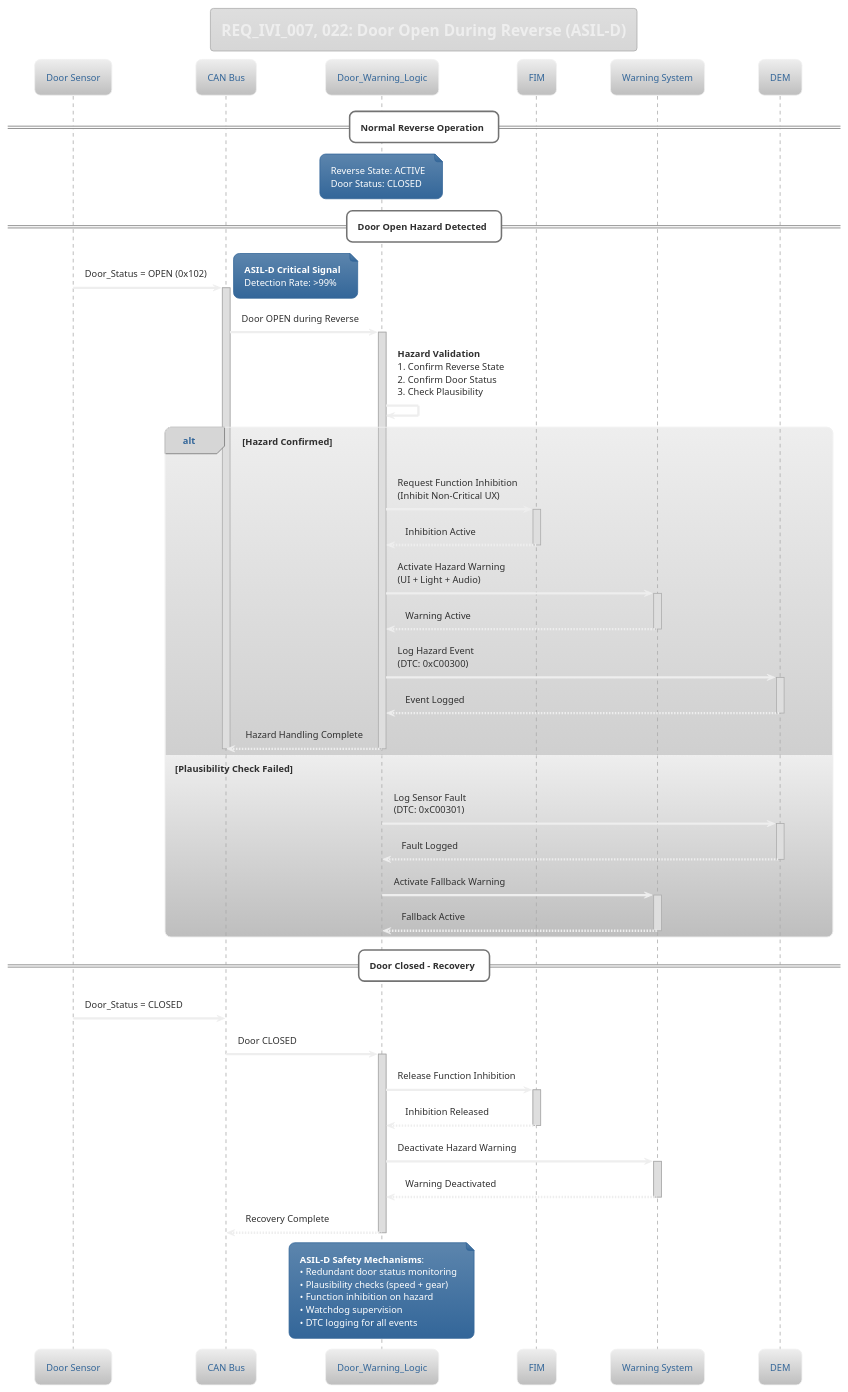
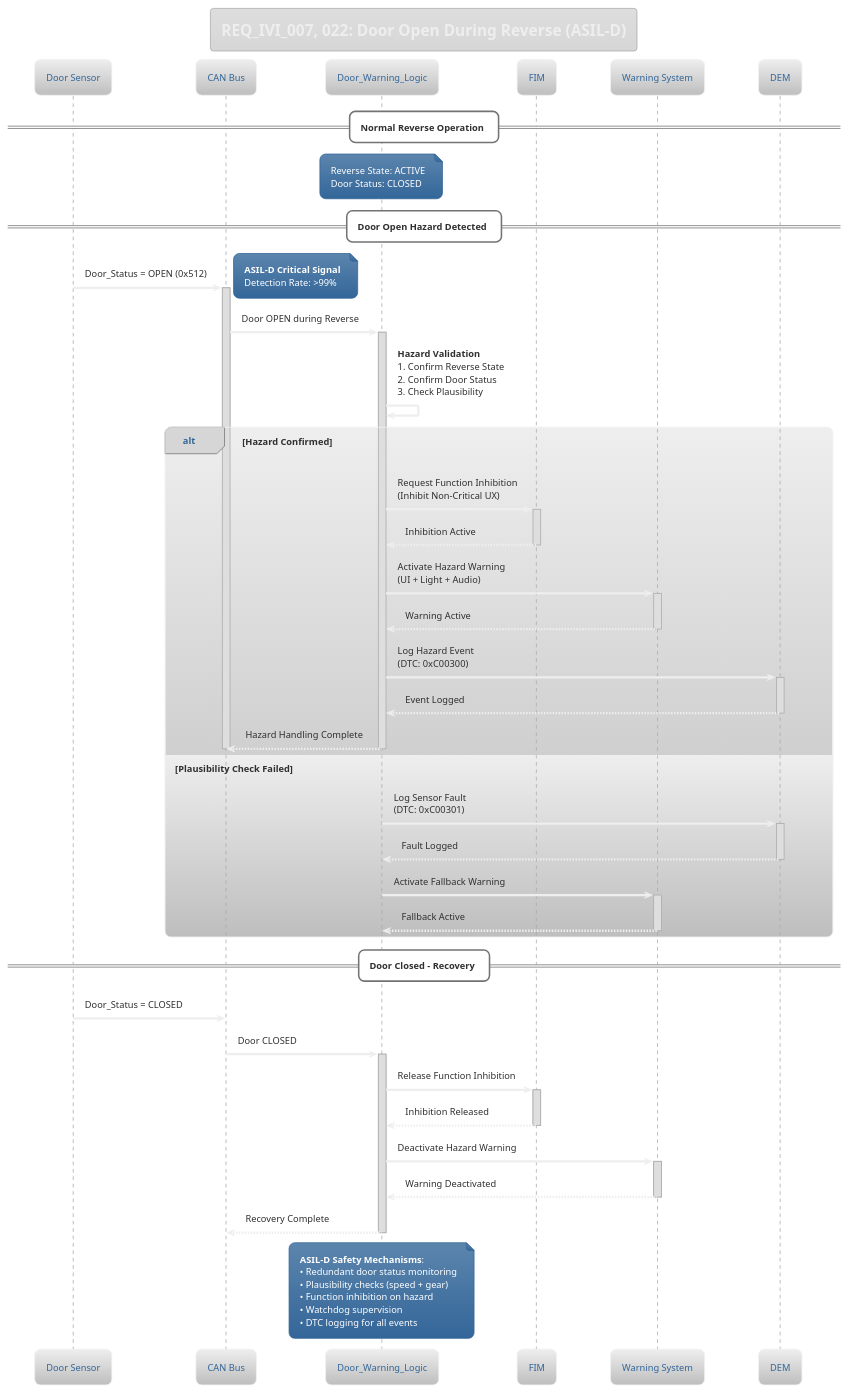
Before and after one commit to VectorCANoe/canoe-driving-alert: the fourth of 4 diagrams in architecture/system-architecture/diagrams/level4_ivi_ecu/functional_components/14_safety_system.puml, drawn with PlantUML. The commit also changed other lines of this file and 40 other files, not shown here.

First line of the commit message:
feat: Update Level 1-4 architecture diagrams with new ECUs and sensors

```diff
--- a/architecture/system-architecture/diagrams/level4_ivi_ecu/functional_components/14_safety_system.puml
+++ b/architecture/system-architecture/diagrams/level4_ivi_ecu/functional_components/14_safety_system.puml
@@ -304,90 +308,90 @@
 @startuml
 !theme silver
 
 title REQ_IVI_007, 022: Door Open During Reverse (ASIL-D)
 
 participant "Door Sensor" as DOOR
 participant "CAN Bus" as CAN
 participant "Door_Warning_Logic" as DWL
 participant "FIM" as FIM
 participant "Warning System" as WARN
 participant "DEM" as DEM
 
 == Normal Reverse Operation ==
 
 note over DWL: Reverse State: ACTIVE\nDoor Status: CLOSED
 
 == Door Open Hazard Detected ==
 
-DOOR -> CAN : Door_Status = OPEN (0x102)
+DOOR -> CAN : Door_Status = OPEN (0x512)
 activate CAN
 note right: **ASIL-D Critical Signal**\nDetection Rate: >99%
 
 CAN -> DWL : Door OPEN during Reverse
 activate DWL
 
 DWL -> DWL : **Hazard Validation**\n1. Confirm Reverse State\n2. Confirm Door Status\n3. Check Plausibility
 
 alt Hazard Confirmed
     DWL -> FIM : Request Function Inhibition\n(Inhibit Non-Critical UX)
     activate FIM
     FIM --> DWL : Inhibition Active
     deactivate FIM
 
     DWL -> WARN : Activate Hazard Warning\n(UI + Light + Audio)
     activate WARN
     WARN --> DWL : Warning Active
     deactivate WARN
 
     DWL -> DEM : Log Hazard Event\n(DTC: 0xC00300)
     activate DEM
     DEM --> DWL : Event Logged
     deactivate DEM
 
     DWL --> CAN : Hazard Handling Complete
     deactivate DWL
     deactivate CAN
 
 else Plausibility Check Failed
     DWL -> DEM : Log Sensor Fault\n(DTC: 0xC00301)
     activate DEM
     DEM --> DWL : Fault Logged
     deactivate DEM
 
     DWL -> WARN : Activate Fallback Warning
     activate WARN
     WARN --> DWL : Fallback Active
     deactivate WARN
     deactivate DWL
     deactivate CAN
 end
 
 == Door Closed - Recovery ==
 
 DOOR -> CAN : Door_Status = CLOSED
 CAN -> DWL : Door CLOSED
 activate DWL
 
 DWL -> FIM : Release Function Inhibition
 activate FIM
 FIM --> DWL : Inhibition Released
 deactivate FIM
 
 DWL -> WARN : Deactivate Hazard Warning
 activate WARN
 WARN --> DWL : Warning Deactivated
 deactivate WARN
 
 DWL --> CAN : Recovery Complete
 deactivate DWL
 
 note over DWL
     **ASIL-D Safety Mechanisms**:
     • Redundant door status monitoring
     • Plausibility checks (speed + gear)
     • Function inhibition on hazard
     • Watchdog supervision
     • DTC logging for all events
 end note
 
 @enduml
```
